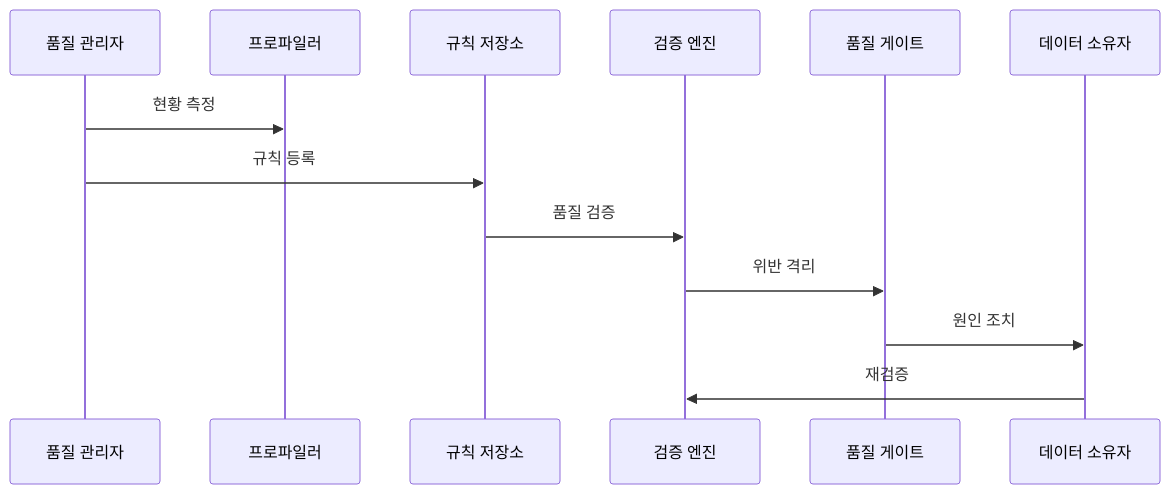
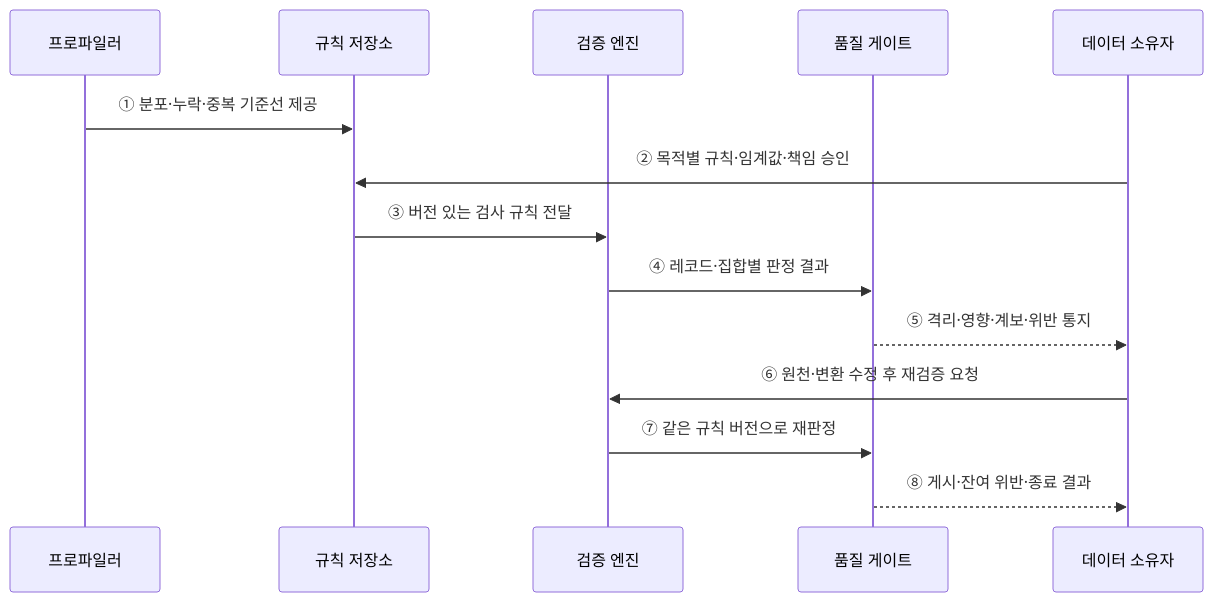
The second of 2 diagrams in src/content/docs/notes/03-software/137_data_quality_management.md (agnusdei1207/knowledge-base), drawn with Mermaid before and after one commit. The commit also changed other lines of this file and 20 other files, not shown here.

````diff
--- a/src/content/docs/notes/03-software/137_data_quality_management.md
+++ b/src/content/docs/notes/03-software/137_data_quality_management.md
@@ -93,15 +85,16 @@
 ```mermaid
 sequenceDiagram
-    participant A as 품질 관리자
     participant P as 프로파일러
     participant R as 규칙 저장소
     participant V as 검증 엔진
     participant G as 품질 게이트
     participant O as 데이터 소유자
-    A->>P: 현황 측정
-    A->>R: 규칙 등록
-    R->>V: 품질 검증
-    V->>G: 위반 격리
-    G->>O: 원인 조치
-    O->>V: 재검증
+    P->>R: ① 분포·누락·중복 기준선 제공
+    O->>R: ② 목적별 규칙·임계값·책임 승인
+    R->>V: ③ 버전 있는 검사 규칙 전달
+    V->>G: ④ 레코드·집합별 판정 결과
+    G-->>O: ⑤ 격리·영향·계보·위반 통지
+    O->>V: ⑥ 원천·변환 수정 후 재검증 요청
+    V->>G: ⑦ 같은 규칙 버전으로 재판정
+    G-->>O: ⑧ 게시·잔여 위반·종료 결과
 ```
````
